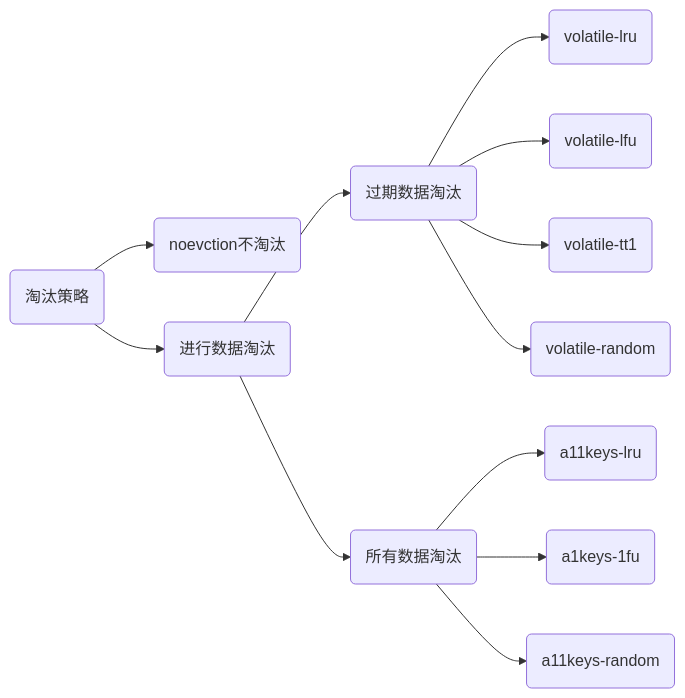
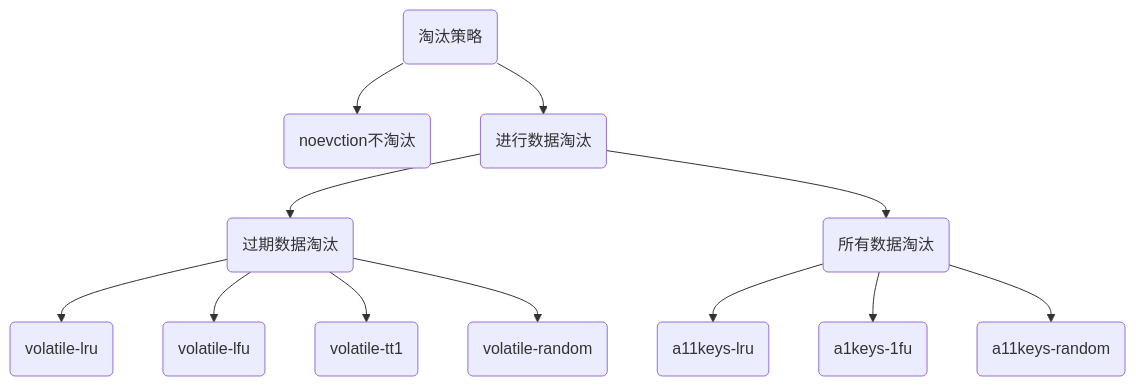
The diagram in Task/14.Redis/Redis.md (TheNorthSea1/Java_Study), drawn with Mermaid before and after one commit. The commit also changed other lines of this file and 2 other files, not shown here.

````diff
--- a/Task/14.Redis/Redis.md
+++ b/Task/14.Redis/Redis.md
@@ -2126,14 +2373,14 @@
 ```mermaid
-graph LR
+graph
 A(淘汰策略)-->B(noevction不淘汰)
 A-->C(进行数据淘汰)
 C-->D(过期数据淘汰)
 C-->E(所有数据淘汰)
 D-->F(volatile-lru)
 D-->G(volatile-lfu)
 D-->H(volatile-tt1)
 D-->I(volatile-random)
 E-->J(a11keys-lru)
 E-->K(a1keys-1fu)
 E-->L(a11keys-random)
 ```
````
